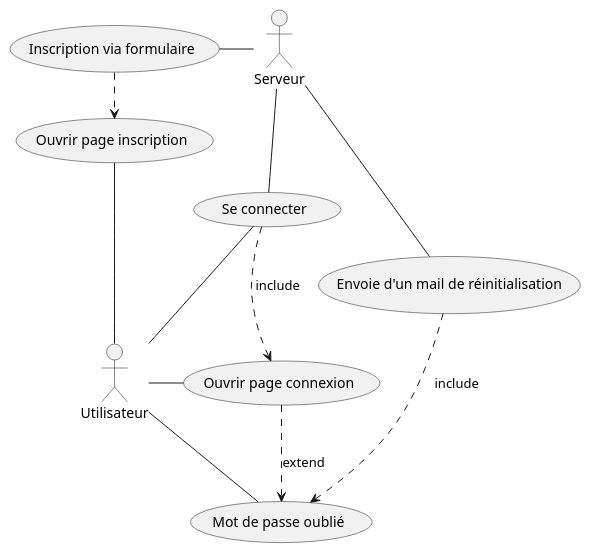
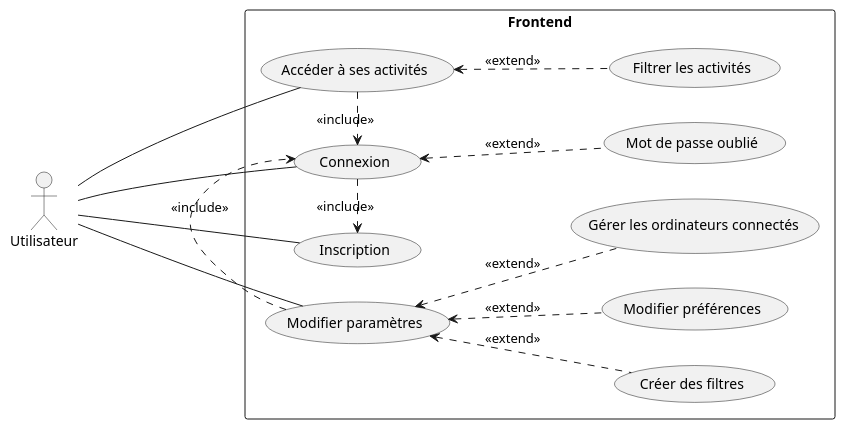
One commit to FocusCompany/Documents changed the diagram in AA2/Frontend/use-case.plantuml. Above: the diagram before and after it, drawn with PlantUML.

Commit message:
Added non-joke use case.

```diff
--- a/AA2/Frontend/use-case.plantuml
+++ b/AA2/Frontend/use-case.plantuml
@@ -1,14 +1,23 @@
 @startuml
-top to bottom direction
-:Utilisateur: -left- (Ouvrir page inscription)
-:Utilisateur: -right- (Ouvrir page connexion)
-:Utilisateur: -down- (Mot de passe oublié)
-:Utilisateur: -up- (Se connecter)
-:Serveur: -down- (Se connecter)
-:Serveur: -right- (Envoie d'un mail de réinitialisation)
-:Serveur: -left- (Inscription via formulaire)
-(Inscription via formulaire) .> (Ouvrir page inscription) : include
-(Envoie d'un mail de réinitialisation) .> (Mot de passe oublié) : include
-(Se connecter) .> (Ouvrir page connexion) : include
-(Ouvrir page connexion) .> (Mot de passe oublié) : extend
+left to right direction
+
+actor Utilisateur
+
+rectangle Frontend {
+
+Utilisateur --- (Accéder à ses activités)
+Utilisateur --- (Connexion)
+Utilisateur --- (Inscription)
+Utilisateur --- (Modifier paramètres)
+
+
+(Accéder à ses activités) <.. (Filtrer les activités) : <<extend>>
+(Accéder à ses activités) .> (Connexion) : <<include>>
+(Connexion) <.. (Mot de passe oublié) : <<extend>>
+(Connexion) .> (Inscription) : <<include>>
+(Modifier paramètres) .> (Connexion) : <<include>>
+(Modifier paramètres) <.. (Modifier préférences) : <<extend>>
+(Modifier paramètres) <.. (Gérer les ordinateurs connectés) : <<extend>>
+(Modifier paramètres) <.. (Créer des filtres) : <<extend>>
+}
 @enduml
```
